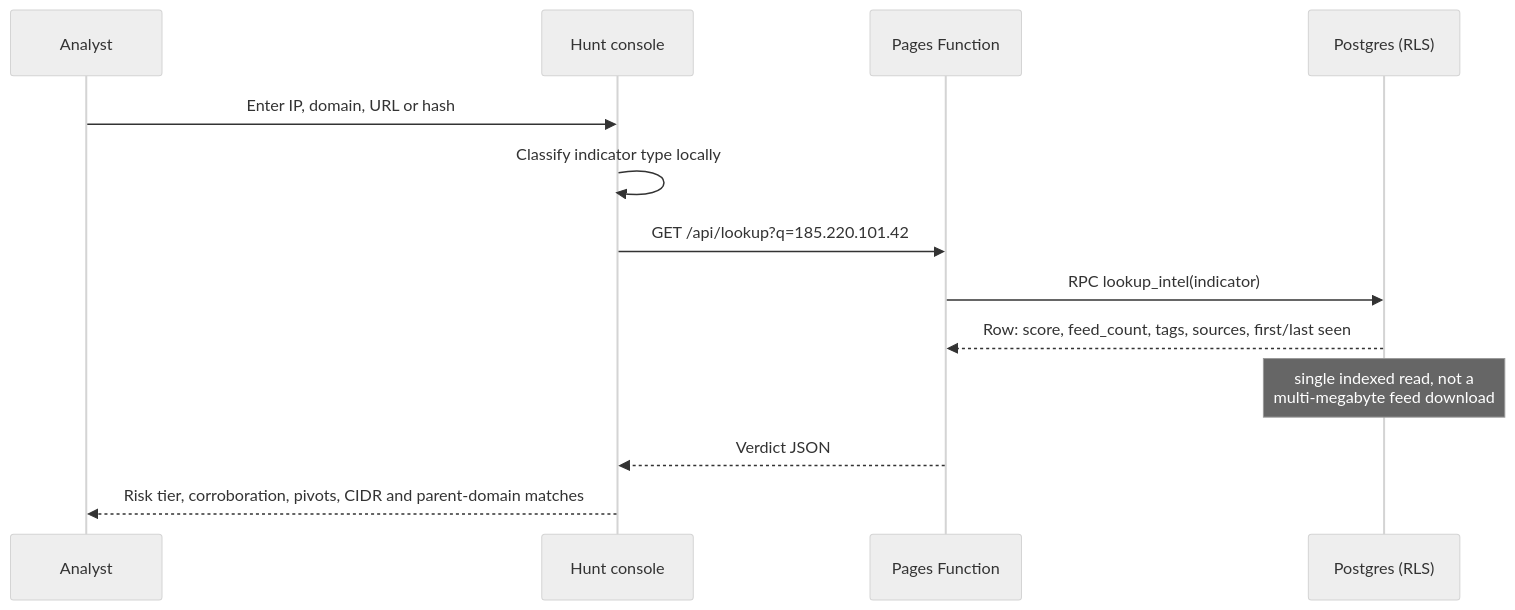
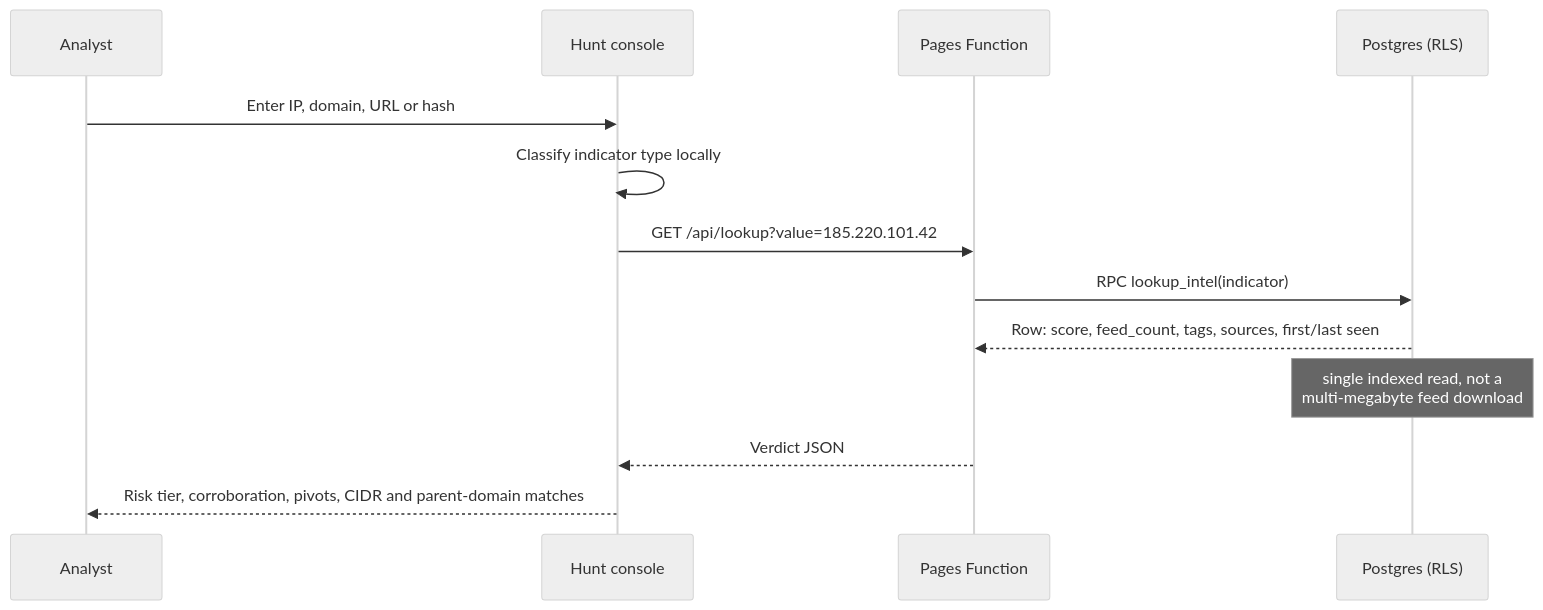
One commit to kalidada18/threatbase changed the fifth of 6 diagrams in README.md. Above: the diagram before and after it, drawn with Mermaid (neutral theme). The commit also changed other lines of this file, not shown here.

First line of the commit message:
docs(readme): update API query param and dev server port; add extensive usage guide

````diff
--- a/README.md
+++ b/README.md
@@ -221,16 +221,16 @@
 ```mermaid
 sequenceDiagram
     participant U as Analyst
     participant C as Hunt console
     participant F as Pages Function
     participant P as Postgres (RLS)
 
     U->>C: Enter IP, domain, URL or hash
     C->>C: Classify indicator type locally
-    C->>F: GET /api/lookup?q=185.220.101.42
+    C->>F: GET /api/lookup?value=185.220.101.42
     F->>P: RPC lookup_intel(indicator)
     P-->>F: Row: score, feed_count, tags, sources, first/last seen
     Note over P: single indexed read, not a<br/>multi-megabyte feed download
     F-->>C: Verdict JSON
     C-->>U: Risk tier, corroboration, pivots, CIDR and parent-domain matches
 ```
````
